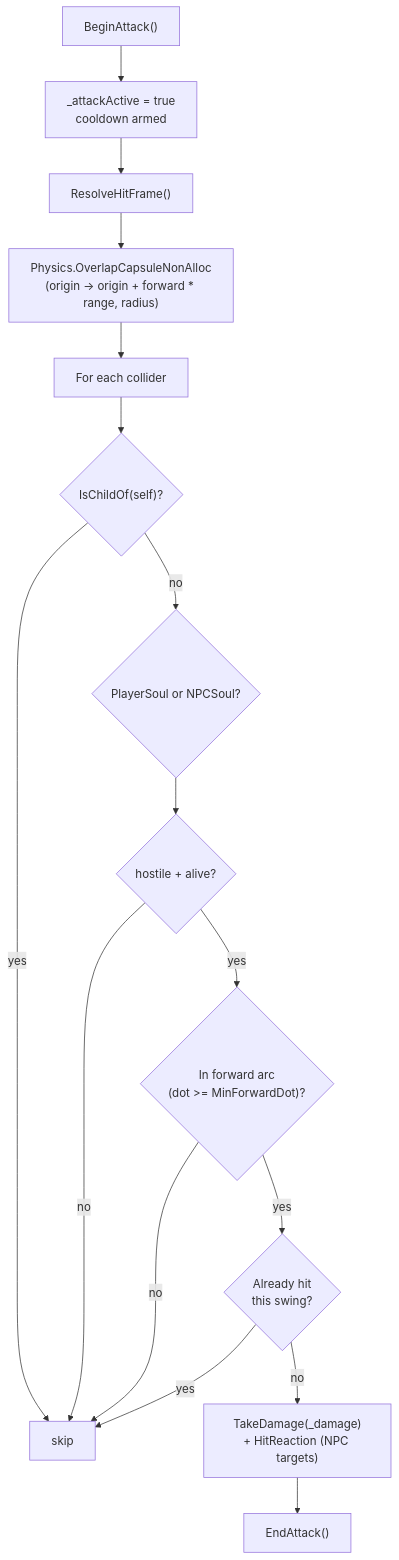
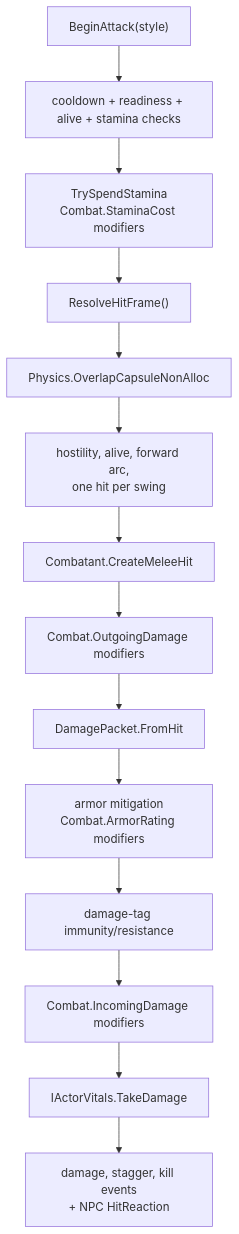
One commit to SolAuror/FishBox changed the diagram in docs/systems/combat.md. Above: the diagram before and after it, drawn with Mermaid. The commit also changed other lines of this file and 242 other files, not shown here.

````diff
--- a/docs/systems/combat.md
+++ b/docs/systems/combat.md
@@ -28,18 +38,16 @@
 ```mermaid
 flowchart TD
-    Begin["BeginAttack()"] --> Active["_attackActive = true<br/>cooldown armed"]
-    Active --> Frame["ResolveHitFrame()"]
-    Frame --> Capsule["Physics.OverlapCapsuleNonAlloc<br/>(origin → origin + forward * range, radius)"]
-    Capsule --> Each["For each collider"]
-    Each --> Self{"IsChildOf(self)?"}
-    Self -- yes --> Skip["skip"]
-    Self -- no --> Soul{"PlayerSoul or NPCSoul?"}
-    Soul --> Hostile{"hostile + alive?"}
-    Hostile -- no --> Skip
-    Hostile -- yes --> Arc{"In forward arc<br/>(dot >= MinForwardDot)?"}
-    Arc -- no --> Skip
-    Arc -- yes --> Once{"Already hit<br/>this swing?"}
-    Once -- yes --> Skip
-    Once -- no --> Damage["TakeDamage(_damage)<br/>+ HitReaction (NPC targets)"]
-    Damage --> End["EndAttack()"]
+    Begin["BeginAttack(style)"] --> Checks["cooldown + readiness + alive + stamina checks"]
+    Checks --> Spend["TrySpendStamina<br/>Combat.StaminaCost modifiers"]
+    Spend --> Frame["ResolveHitFrame()"]
+    Frame --> Query["Physics.OverlapCapsuleNonAlloc"]
+    Query --> Target["hostility, alive, forward arc,<br/>one hit per swing"]
+    Target --> Hit["Combatant.CreateMeleeHit"]
+    Hit --> Outgoing["Combat.OutgoingDamage modifiers"]
+    Outgoing --> Packet["DamagePacket.FromHit"]
+    Packet --> Armor["armor mitigation<br/>Combat.ArmorRating modifiers"]
+    Armor --> Tags["damage-tag immunity/resistance"]
+    Tags --> Incoming["Combat.IncomingDamage modifiers"]
+    Incoming --> Vitals["IActorVitals.TakeDamage"]
+    Vitals --> Events["damage, stagger, kill events<br/>+ NPC HitReaction"]
 ```
````
